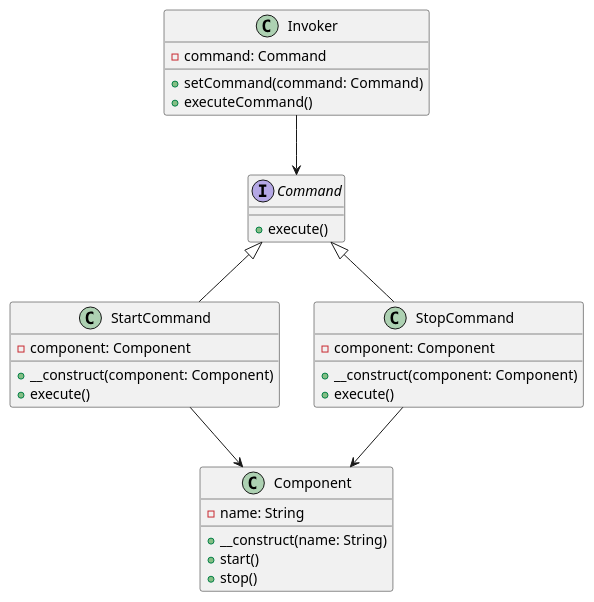
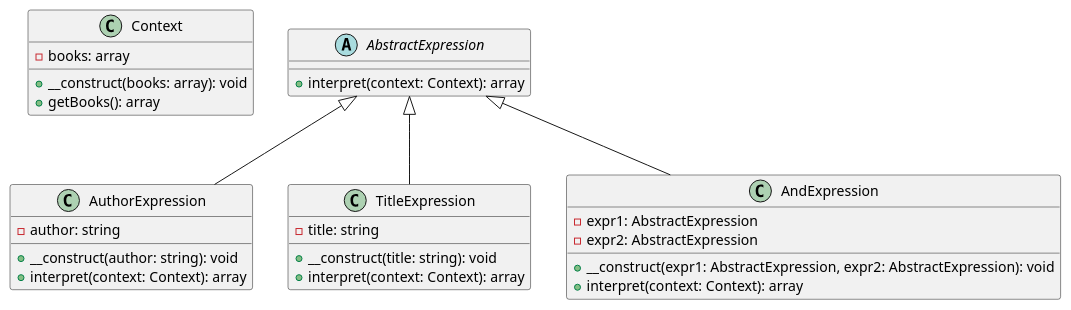
Before and after one commit to andrewovchinnikov/design-patterns: the diagram in klassifikaciya-patternov/povedencheskie-patterny-behavioral-patterns/interpretator-interpreter/primery/interpretaciya-polzovatelskikh-zaprosov/php.md, drawn with PlantUML. The commit also changed other lines of this file and 101 other files, not shown here.

````diff
--- a/klassifikaciya-patternov/povedencheskie-patterny-behavioral-patterns/interpretator-interpreter/primery/interpretaciya-polzovatelskikh-zaprosov/php.md
+++ b/klassifikaciya-patternov/povedencheskie-patterny-behavioral-patterns/interpretator-interpreter/primery/interpretaciya-polzovatelskikh-zaprosov/php.md
@@ -127,38 +142,38 @@
 ```plantuml
 @startuml
-interface Command {
-    +execute()
+
+class Context {
+    -books: array
+    +__construct(books: array): void
+    +getBooks(): array
 }
 
-class StartCommand {
-    -component: Component
-    +__construct(component: Component)
-    +execute()
+abstract class AbstractExpression {
+    +interpret(context: Context): array
 }
 
-class StopCommand {
-    -component: Component
-    +__construct(component: Component)
-    +execute()
+class AuthorExpression {
+    -author: string
+    +__construct(author: string): void
+    +interpret(context: Context): array
 }
 
-class Component {
-    -name: String
-    +__construct(name: String)
-    +start()
-    +stop()
+class TitleExpression {
+    -title: string
+    +__construct(title: string): void
+    +interpret(context: Context): array
 }
 
-class Invoker {
-    -command: Command
-    +setCommand(command: Command)
-    +executeCommand()
+class AndExpression {
+    -expr1: AbstractExpression
+    -expr2: AbstractExpression
+    +__construct(expr1: AbstractExpression, expr2: AbstractExpression): void
+    +interpret(context: Context): array
 }
 
-Command <|-- StartCommand
-Command <|-- StopCommand
-StartCommand --> Component
-StopCommand --> Component
-Invoker --> Command
+AbstractExpression <|-- AuthorExpression
+AbstractExpression <|-- TitleExpression
+AbstractExpression <|-- AndExpression
+
 @enduml
 ```
````
